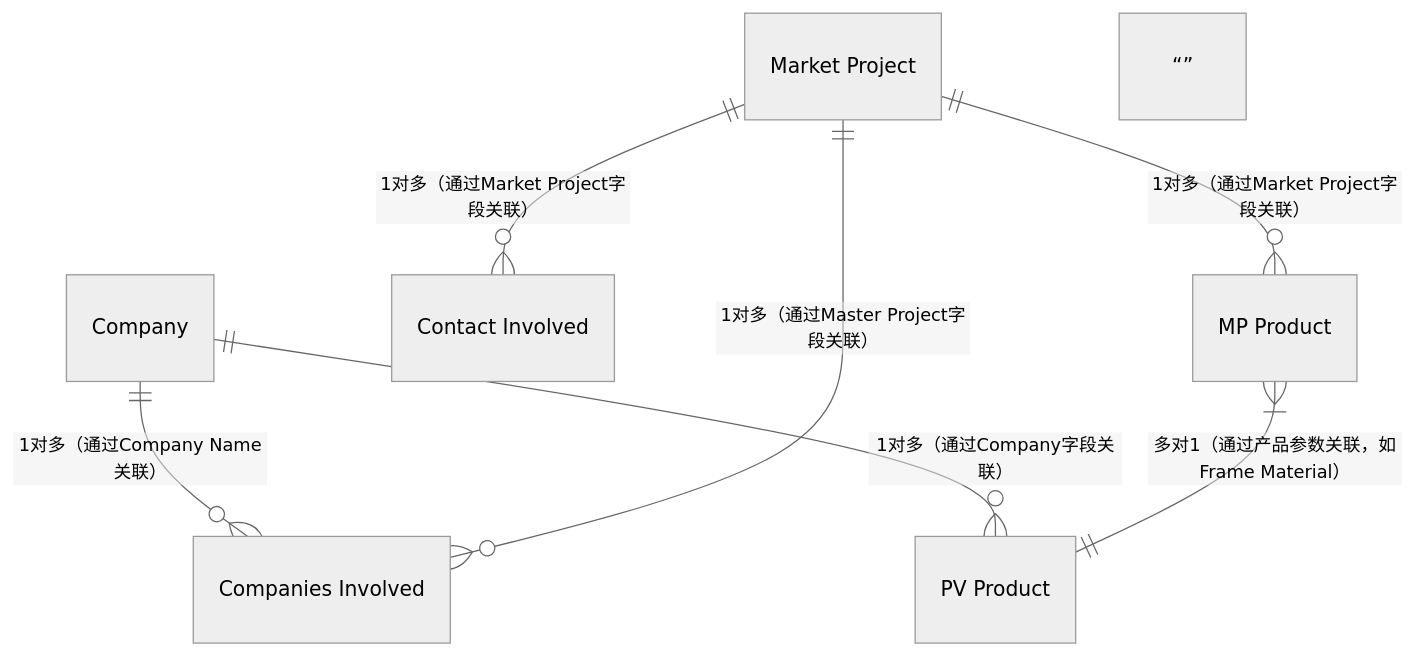
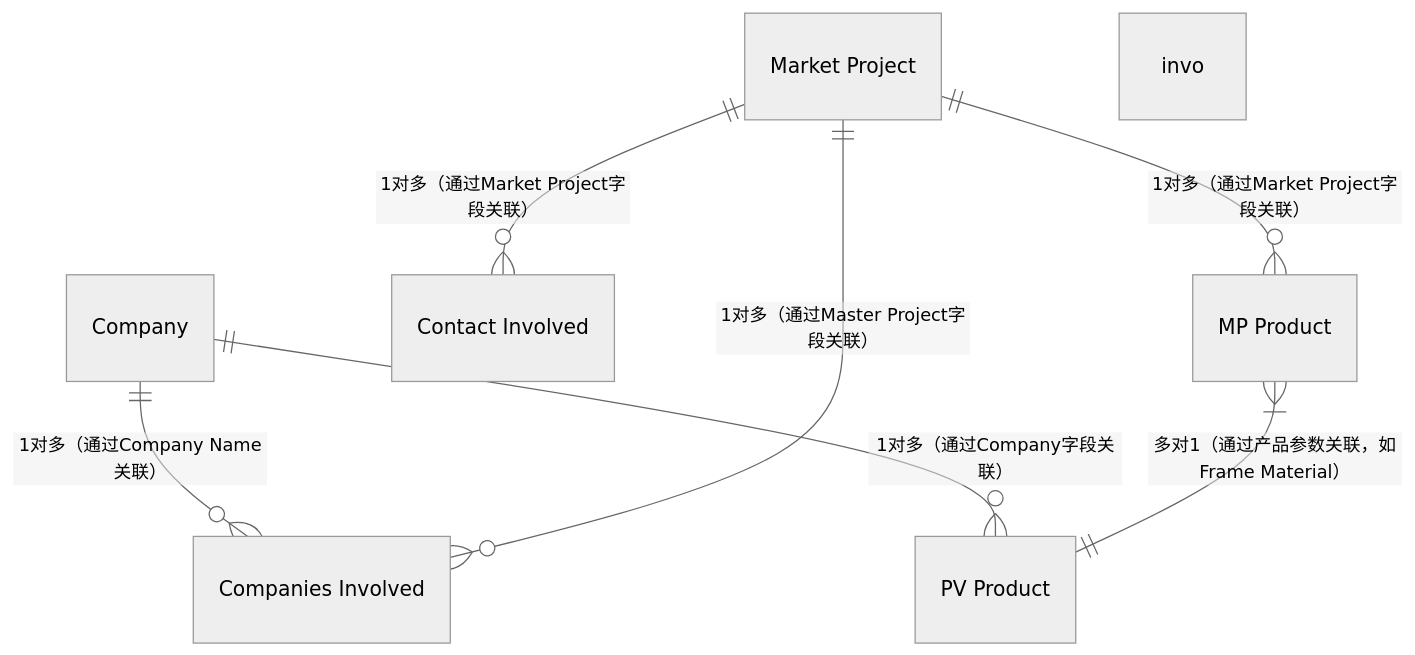
One commit to zhangziru-33/iodraw-files changed the diagram in all/未命名.md. Above: the diagram before and after it, drawn with Mermaid (neutral theme).

Commit message:
2025-12-04 09:33:04 update

````diff
--- a/all/未命名.md
+++ b/all/未命名.md
@@ -1,10 +1,10 @@
 ```mermaid
 erDiagram
     Company ||--o{ "Companies Involved" : "1对多（通过Company Name关联）"
     Company ||--o{ "PV Product" : "1对多（通过Company字段关联）"
     "Market Project" ||--o{ "Companies Involved" : "1对多（通过Master Project字段关联）"
     "Market Project" ||--o{ "Contact Involved" : "1对多（通过Market Project字段关联）"
     "Market Project" ||--o{ "MP Product" : "1对多（通过Market Project字段关联）"
     "MP Product" }|--|| "PV Product" : "多对1（通过产品参数关联，如Frame Material）"
-    “”
+    "invo"
 ```
````
